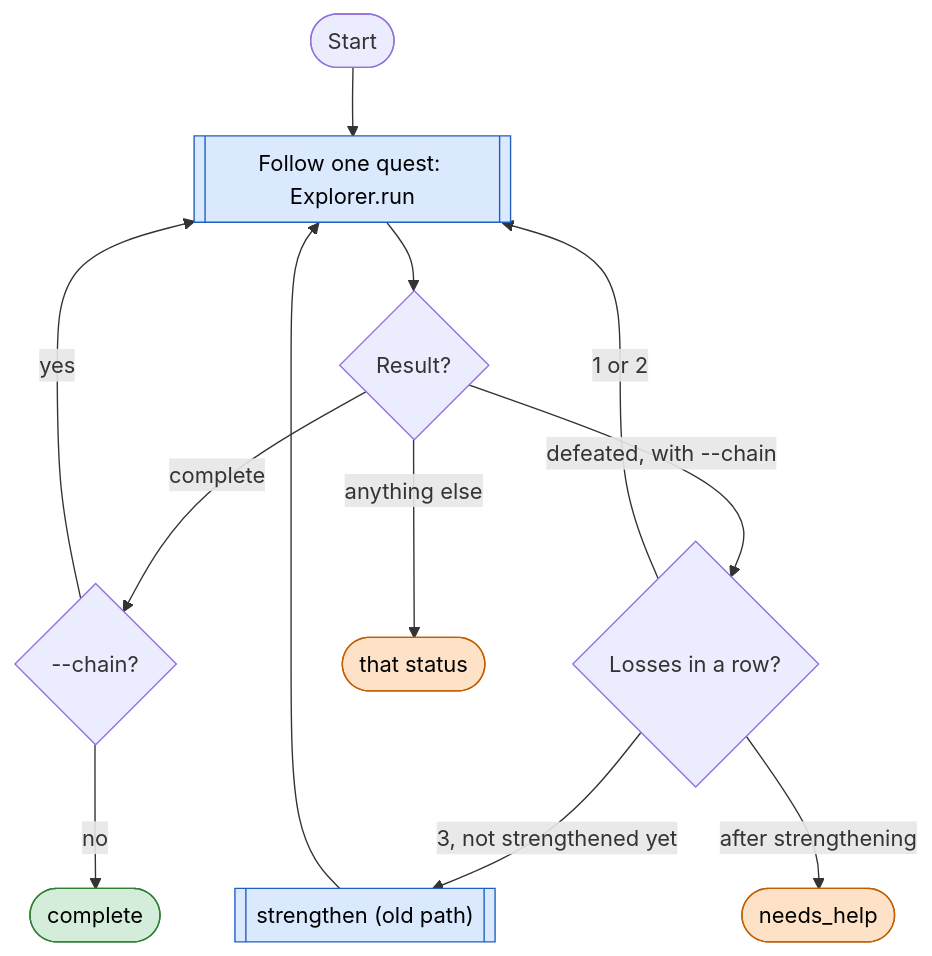
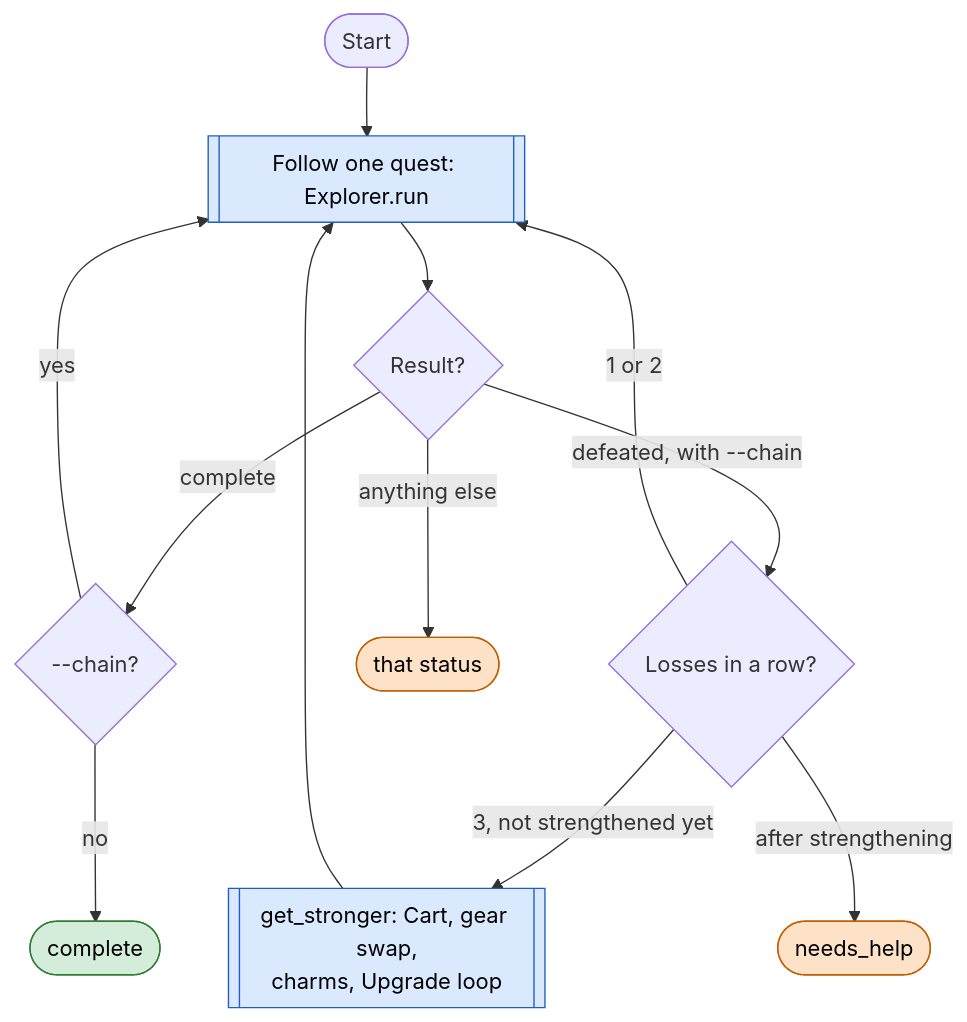
One commit to Sun-flow/sxs-agent changed the first of 2 diagrams in docs/loops/explore.md. Above: the diagram before and after it, drawn with Mermaid. The commit also changed other lines of this file and 20 other files, not shown here.

First line of the commit message:
Apply mae's answers: blue-pip gear enhance, gather fights guards, get_stronger, one tower climb a day, tutorial stops on class choices

````diff
--- a/docs/loops/explore.md
+++ b/docs/loops/explore.md
@@ -13,19 +13,19 @@
 ```mermaid
 flowchart TD
     S(["Start"]) --> Q[["Follow one quest: Explorer.run"]]
     Q --> R{"Result?"}
     R -->|complete| C{"--chain?"}
     C -->|yes| Q
     C -->|no| OK1(["complete"])
     R -->|"defeated, with --chain"| L{"Losses in a row?"}
     L -->|"1 or 2"| Q
-    L -->|"3, not strengthened yet"| ST[["strengthen (old path)"]] --> Q
+    L -->|"3, not strengthened yet"| ST[["get_stronger: Cart, gear swap,<br/>charms, Upgrade loop"]] --> Q
     L -->|"after strengthening"| NH(["needs_help"])
     R -->|"anything else"| OUT(["that status"])
     classDef ok fill:#d4edda,stroke:#2e7d32,color:#000
     classDef look fill:#fde2c8,stroke:#c25e00,color:#000
     classDef sub fill:#dbe9ff,stroke:#1f5fbf,color:#000
     class OK1 ok
     class NH,OUT look
     class Q,ST sub
 ```
````
